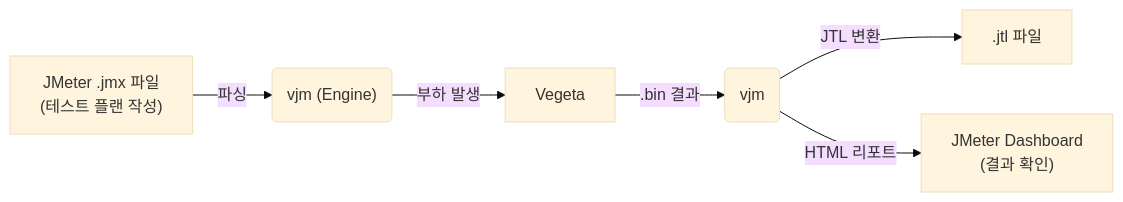
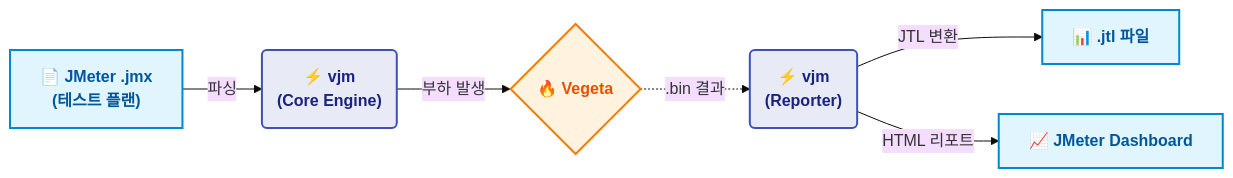
The diagram in README.ko-KR.md (xvlet/vjm), drawn with Mermaid (base theme) before and after one commit. The commit also changed other lines of this file and 6 other files, not shown here.

````diff
--- a/README.ko-KR.md
+++ b/README.ko-KR.md
@@ -28,8 +28,14 @@
 ```mermaid
 flowchart LR
-    A["JMeter .jmx 파일<br/>(테스트 플랜 작성)"] -->|파싱| B("vjm (Engine)")
-    B -->|부하 발생| C["Vegeta"]
-    C -->|.bin 결과| D("vjm")
-    D -->|JTL 변환| E[".jtl 파일"]
-    D -->|HTML 리포트| F["JMeter Dashboard<br/>(결과 확인)"]
+    %% Styles
+    classDef default fill:#f9f9f9,stroke:#333,stroke-width:1px,color:#333
+    classDef highlight fill:#e1f5fe,stroke:#0288d1,stroke-width:2px,color:#01579b,font-weight:bold
+    classDef engine fill:#fff3e0,stroke:#f57c00,stroke-width:2px,color:#e65100,font-weight:bold
+    classDef vjm fill:#e8eaf6,stroke:#3f51b5,stroke-width:2px,color:#1a237e,font-weight:bold
+
+    A["📄 JMeter .jmx<br/>(테스트 플랜)"]:::highlight -->|파싱| B("⚡ vjm<br/>(Core Engine)"):::vjm
+    B -->|부하 발생| C{"🔥 Vegeta"}:::engine
+    C -.->|.bin 결과| D("⚡ vjm<br/>(Reporter)"):::vjm
+    D -->|JTL 변환| E["📊 .jtl 파일"]:::highlight
+    D -->|HTML 리포트| F["📈 JMeter Dashboard"]:::highlight
 ```
````
